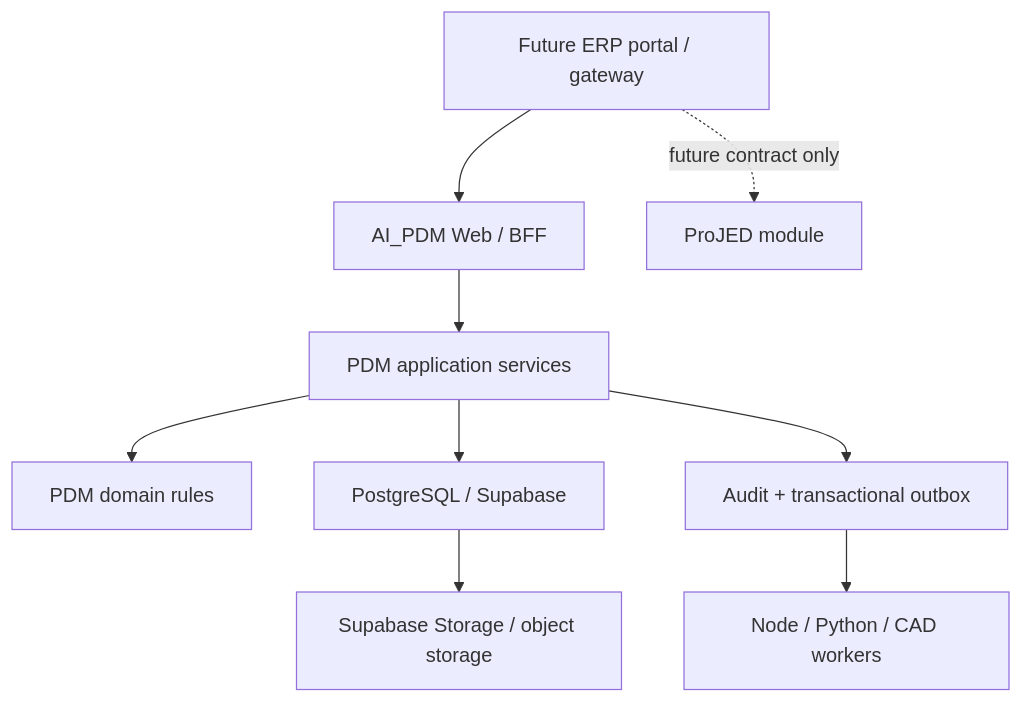
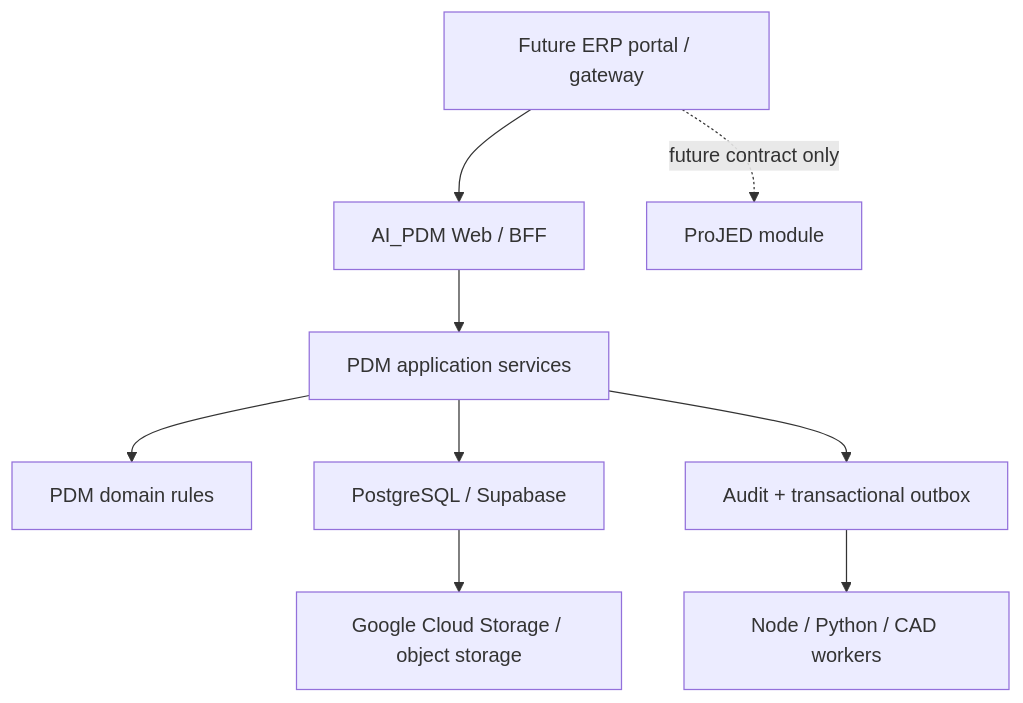
The diagram in .ai-doc/decisions/ADR-PDM-ERP-MODULE-FOUNDATION-001-integration-ready-boundary.md (jedchang0308-jenfu/AI-PDM), drawn with Mermaid before and after one commit. The commit also changed other lines of this file and 182 other files, not shown here.

````diff
--- a/.ai-doc/decisions/ADR-PDM-ERP-MODULE-FOUNDATION-001-integration-ready-boundary.md
+++ b/.ai-doc/decisions/ADR-PDM-ERP-MODULE-FOUNDATION-001-integration-ready-boundary.md
@@ -72,11 +76,11 @@
 ```mermaid
 flowchart TD
   Portal["Future ERP portal / gateway"] --> PDM["AI_PDM Web / BFF"]
   Portal -. "future contract only" .-> Project["ProJED module"]
   PDM --> App["PDM application services"]
   App --> Domain["PDM domain rules"]
   App --> DB["PostgreSQL / Supabase"]
   App --> Audit["Audit + transactional outbox"]
   Audit --> Worker["Node / Python / CAD workers"]
-  DB --> Storage["Supabase Storage / object storage"]
+  DB --> Storage["Google Cloud Storage / object storage"]
 ```
````
